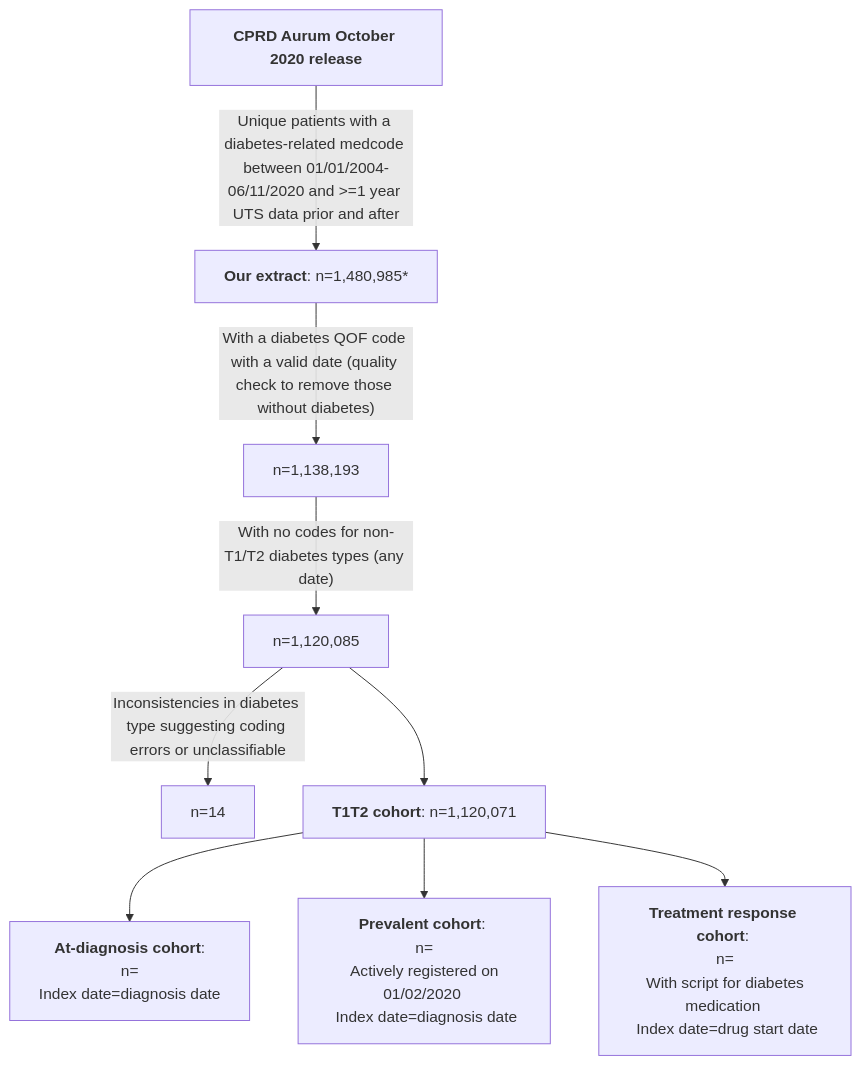
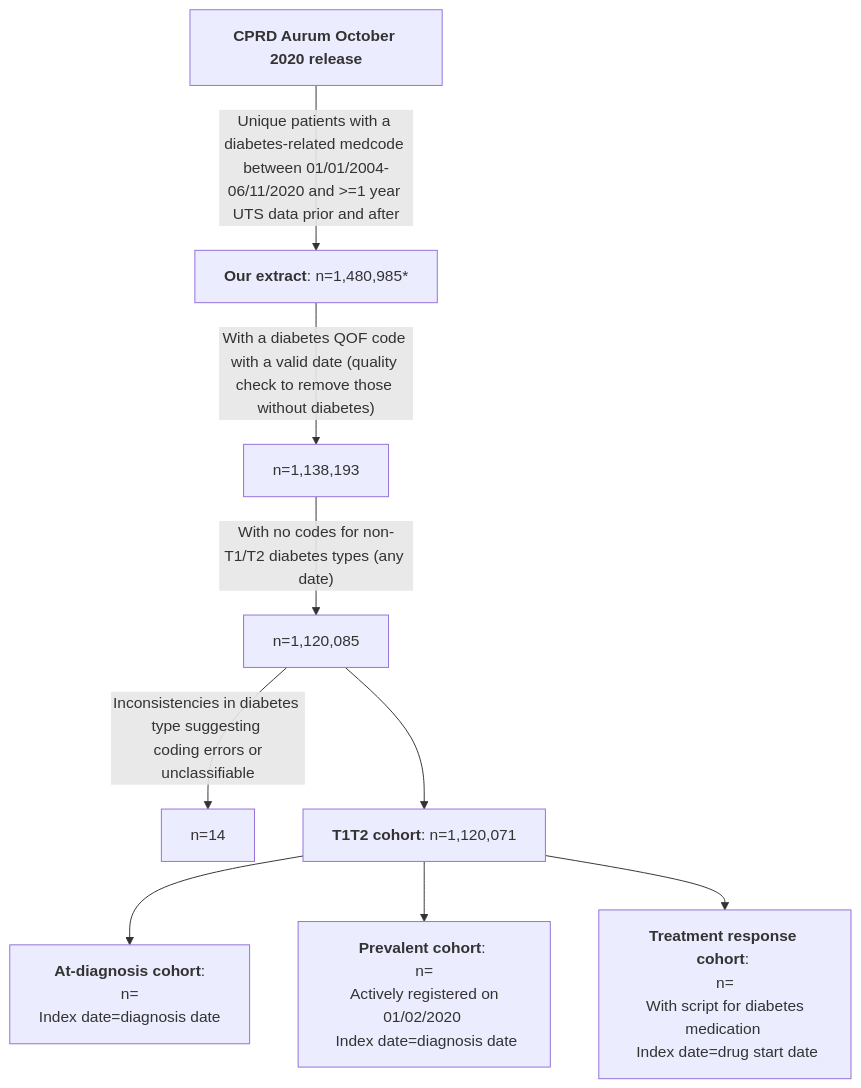
Before and after one commit to Exeter-Diabetes/CPRD-Cohort-scripts: the diagram in README.md, drawn with Mermaid.

````diff
--- a/README.md
+++ b/README.md
@@ -12,11 +12,11 @@
 ```mermaid
 graph TD;
     A["<b>CPRD Aurum October 2020 release</b>"] --> |"Unique patients with a diabetes-related medcode between 01/01/2004-06/11/2020 and >=1 year UTS data prior and after"| B["<b>Our extract</b>: n=1,480,985*"]
     B -->|"With a diabetes QOF code with a valid date (quality check to remove those without diabetes)"|C["n=1,138,193"]
     C --> |"With no codes for non-T1/T2 diabetes types (any date)"|D["n=1,120,085"]
-    D --> |"Inconsistencies in diabetes type suggesting coding errors or unclassifiable"|E["n=14"]
+    D --> |"Inconsistencies in diabetes type suggesting <br> coding errors or unclassifiable"|E["n=14"]
     D --> F["<b>T1T2 cohort</b>: n=1,120,071"]
     F --> G["<b>At-diagnosis cohort</b>: <br> n= <br> Index date=diagnosis date"]
     F --> H["<b>Prevalent cohort</b>: <br> n= <br> Actively registered on 01/02/2020 <br> Index date=diagnosis date"]
     F --> I["<b>Treatment response cohort</b>: <br> n= <br> With script for diabetes medication <br> Index date=drug start date"]
 ```
````
